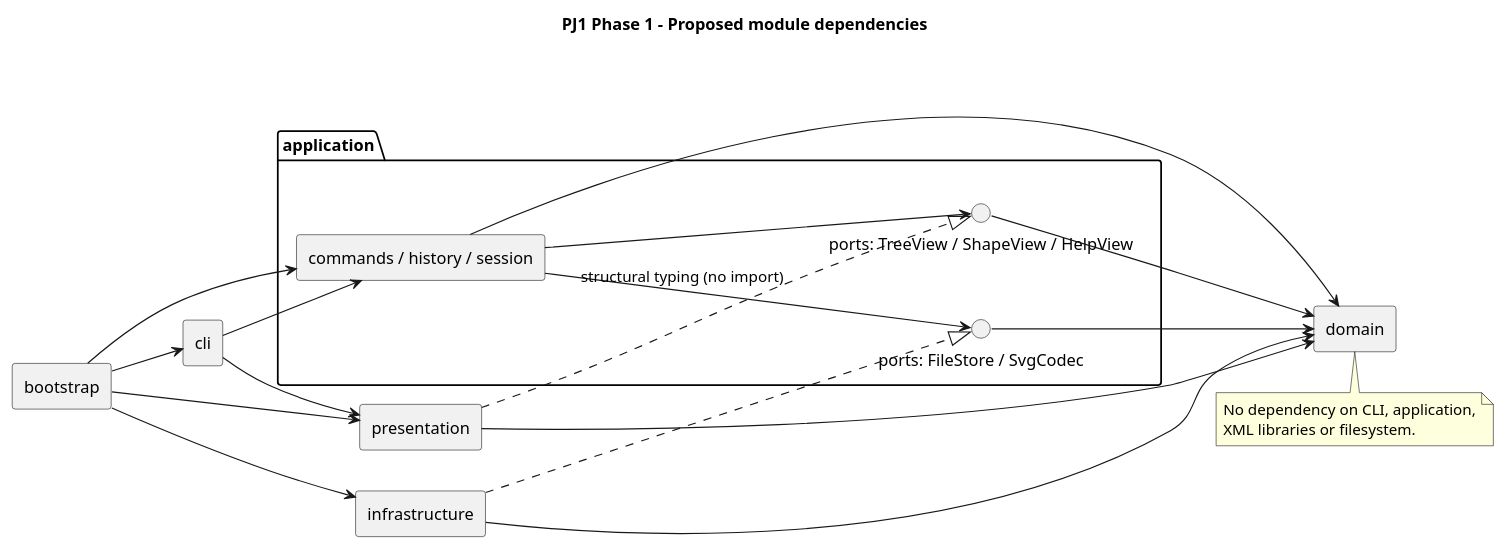
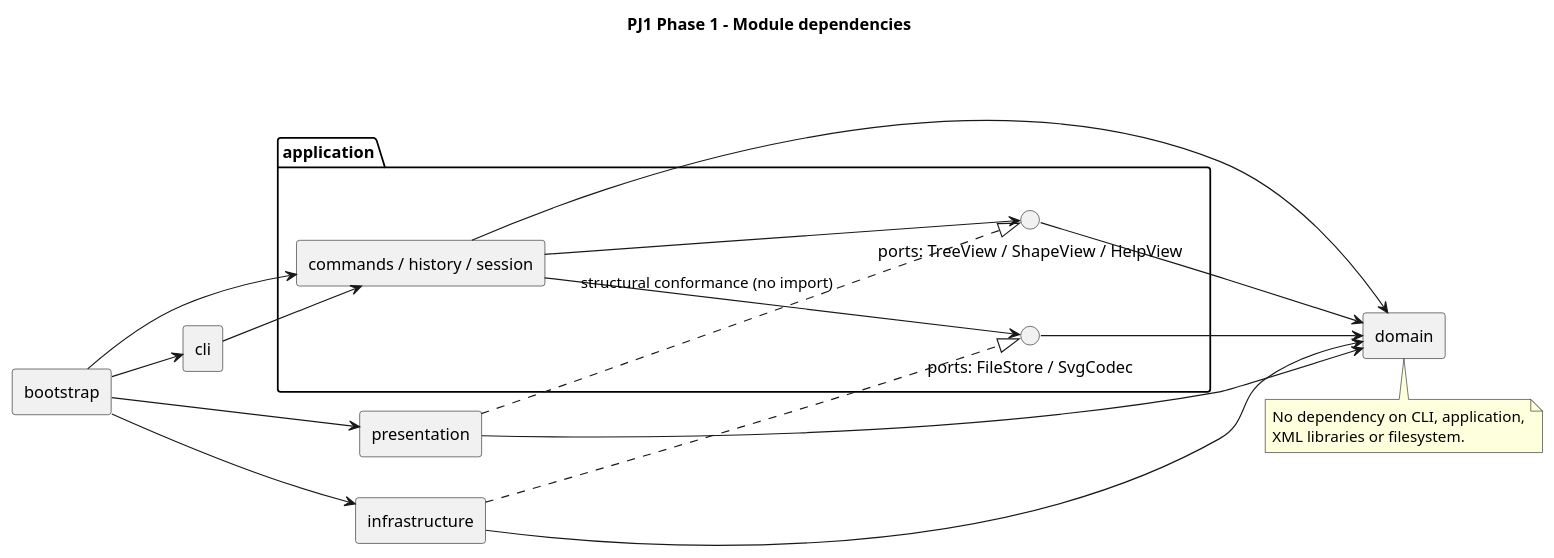
The diagram in doc/architecture.puml (DiDeuterium/Software-Design-PJ-1), drawn with PlantUML before and after one commit. The commit also changed 8 other files, not shown here.

```diff
--- a/doc/architecture.puml
+++ b/doc/architecture.puml
@@ -1,34 +1,33 @@
 @startuml
-title PJ1 Phase 1 - Proposed module dependencies
+title PJ1 Phase 1 - Module dependencies
 left to right direction
 skinparam componentStyle rectangle
 component "bootstrap" as B
 component "cli" as C
 component "presentation" as P
 package "application" {
   component "commands / history / session" as A
   interface "ports: FileStore / SvgCodec" as Ports
   interface "ports: TreeView / ShapeView / HelpView" as Views
 }
 component "domain" as D
 component "infrastructure" as I
 B --> C
 B --> P
 B --> A
 B --> I
 C --> A
-C --> P
 P --> D
 A --> D
 A --> Ports
 Ports --> D
 Views --> D
 A --> Views
-P ..|> Views : structural typing (no import)
+P ..|> Views : structural conformance (no import)
 I ..|> Ports
 I --> D
 note bottom of D
 No dependency on CLI, application,
 XML libraries or filesystem.
 end note
 @enduml
```
